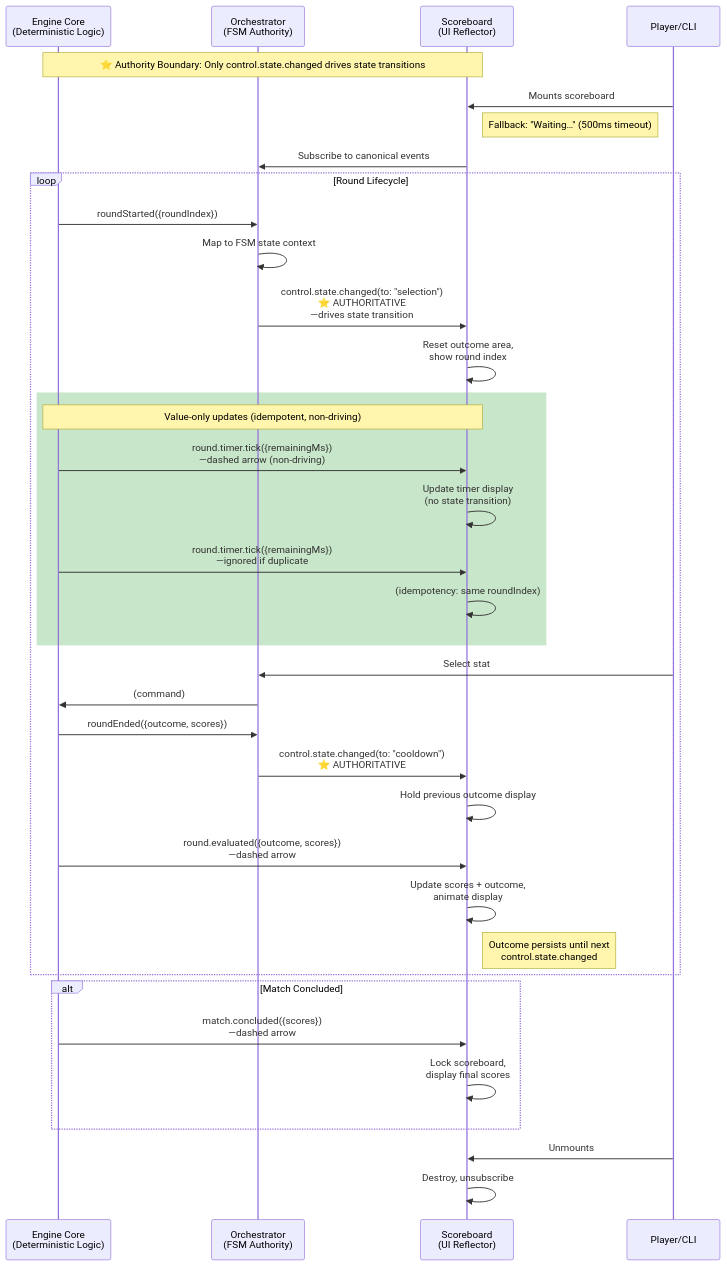
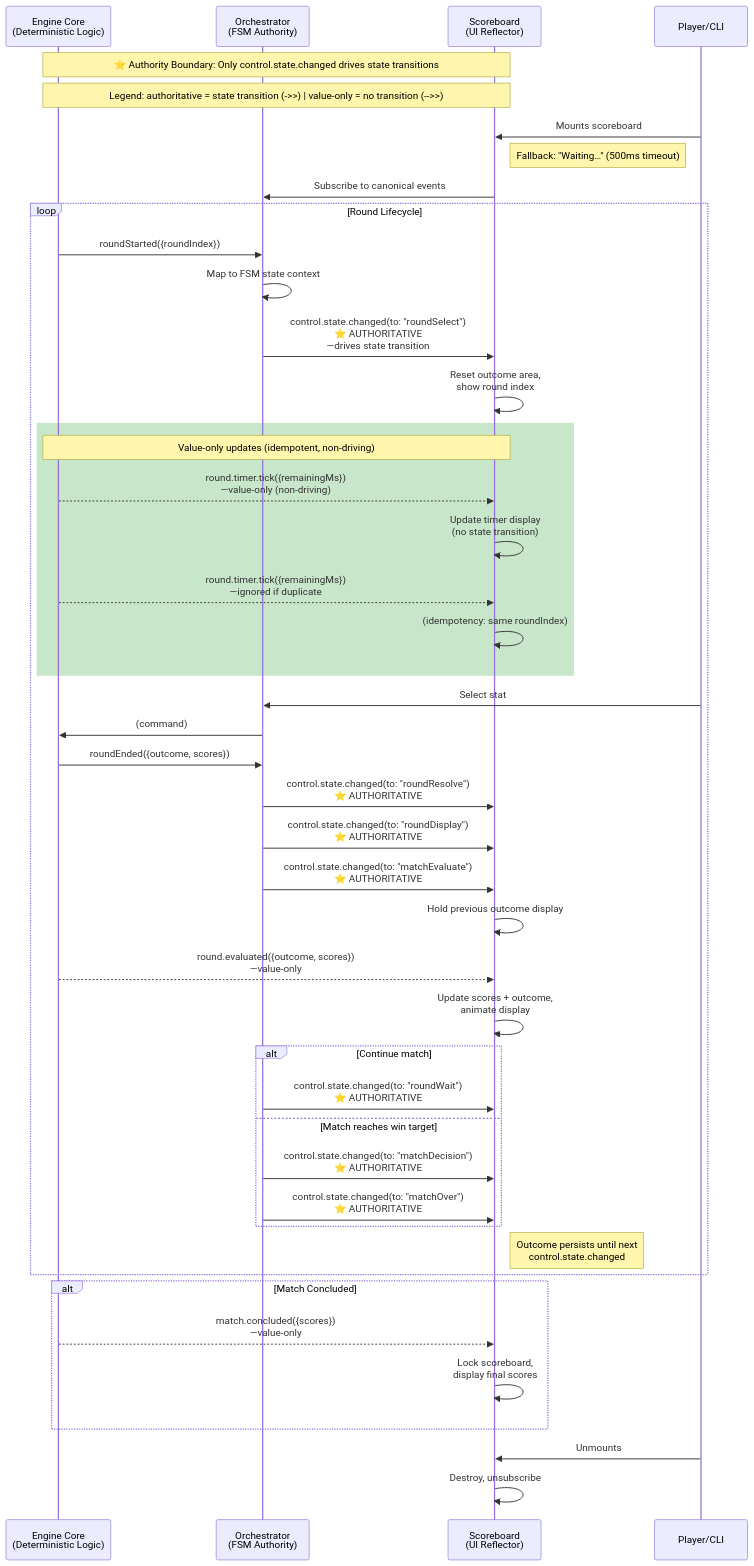
One commit to CyanAutomation/judokon changed the first of 2 diagrams in design/productRequirementsDocuments/prdBattleScoreboard.md. Above: the diagram before and after it, drawn with Mermaid. The commit also changed other lines of this file, not shown here.

Commit message:
docs: align scoreboard PRD state transitions with state catalog (#5691)

````diff
--- a/design/productRequirementsDocuments/prdBattleScoreboard.md
+++ b/design/productRequirementsDocuments/prdBattleScoreboard.md
@@ -77,48 +77,58 @@
 ```mermaid
 %%{init: {'theme': 'default', 'flowchart': {'htmlLabels': true, 'curve': 'basis'}}}%%
 sequenceDiagram
     participant Engine as Engine Core<br/>(Deterministic Logic)
     participant Orch as Orchestrator<br/>(FSM Authority)
     participant UI as Scoreboard<br/>(UI Reflector)
     participant Player as Player/CLI
 
     Note over Engine,UI: ⭐ Authority Boundary: Only control.state.changed drives state transitions
+    Note over Engine,UI: Legend: authoritative = state transition (->>) | value-only = no transition (-->>)
 
     Player->>UI: Mounts scoreboard
     Note right of UI: Fallback: "Waiting…" (500ms timeout)
     UI->>Orch: Subscribe to canonical events
 
     loop Round Lifecycle
         Engine->>Orch: roundStarted({roundIndex})
         Orch->>Orch: Map to FSM state context
-        Orch->>UI: control.state.changed(to: "selection")<br/>⭐ AUTHORITATIVE<br/>—drives state transition
+        Orch->>UI: control.state.changed(to: "roundSelect")<br/>⭐ AUTHORITATIVE<br/>—drives state transition
         UI->>UI: Reset outcome area,<br/>show round index
 
         rect rgb(200, 230, 201)
             Note over Engine,UI: Value-only updates (idempotent, non-driving)
-            Engine->>UI: round.timer.tick({remainingMs})<br/>—dashed arrow (non-driving)
+            Engine-->>UI: round.timer.tick({remainingMs})<br/>—value-only (non-driving)
             UI->>UI: Update timer display<br/>(no state transition)
-            Engine->>UI: round.timer.tick({remainingMs})<br/>—ignored if duplicate
+            Engine-->>UI: round.timer.tick({remainingMs})<br/>—ignored if duplicate
             UI->>UI: (idempotency: same roundIndex)
         end
 
         Player->>Orch: Select stat
         Orch->>Engine: (command)
         Engine->>Orch: roundEnded({outcome, scores})
-        Orch->>UI: control.state.changed(to: "cooldown")<br/>⭐ AUTHORITATIVE
+        Orch->>UI: control.state.changed(to: "roundResolve")<br/>⭐ AUTHORITATIVE
+        Orch->>UI: control.state.changed(to: "roundDisplay")<br/>⭐ AUTHORITATIVE
+        Orch->>UI: control.state.changed(to: "matchEvaluate")<br/>⭐ AUTHORITATIVE
         UI->>UI: Hold previous outcome display
 
-        Engine->>UI: round.evaluated({outcome, scores})<br/>—dashed arrow
+        Engine-->>UI: round.evaluated({outcome, scores})<br/>—value-only
         UI->>UI: Update scores + outcome,<br/>animate display
+
+        alt Continue match
+            Orch->>UI: control.state.changed(to: "roundWait")<br/>⭐ AUTHORITATIVE
+        else Match reaches win target
+            Orch->>UI: control.state.changed(to: "matchDecision")<br/>⭐ AUTHORITATIVE
+            Orch->>UI: control.state.changed(to: "matchOver")<br/>⭐ AUTHORITATIVE
+        end
 
         Note right of UI: Outcome persists until next<br/>control.state.changed
     end
 
     alt Match Concluded
-        Engine->>UI: match.concluded({scores})<br/>—dashed arrow
+        Engine-->>UI: match.concluded({scores})<br/>—value-only
         UI->>UI: Lock scoreboard,<br/>display final scores
     end
 
     Player->>UI: Unmounts
     UI->>UI: Destroy, unsubscribe
 ```
````
